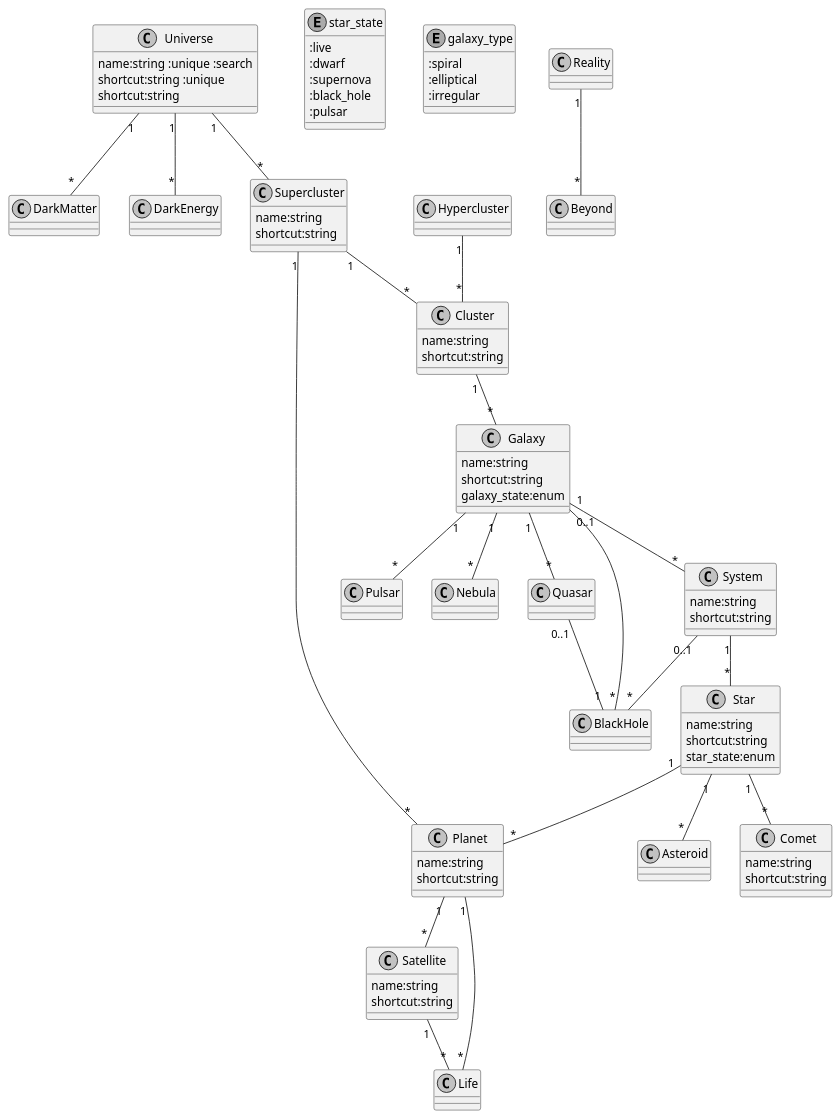
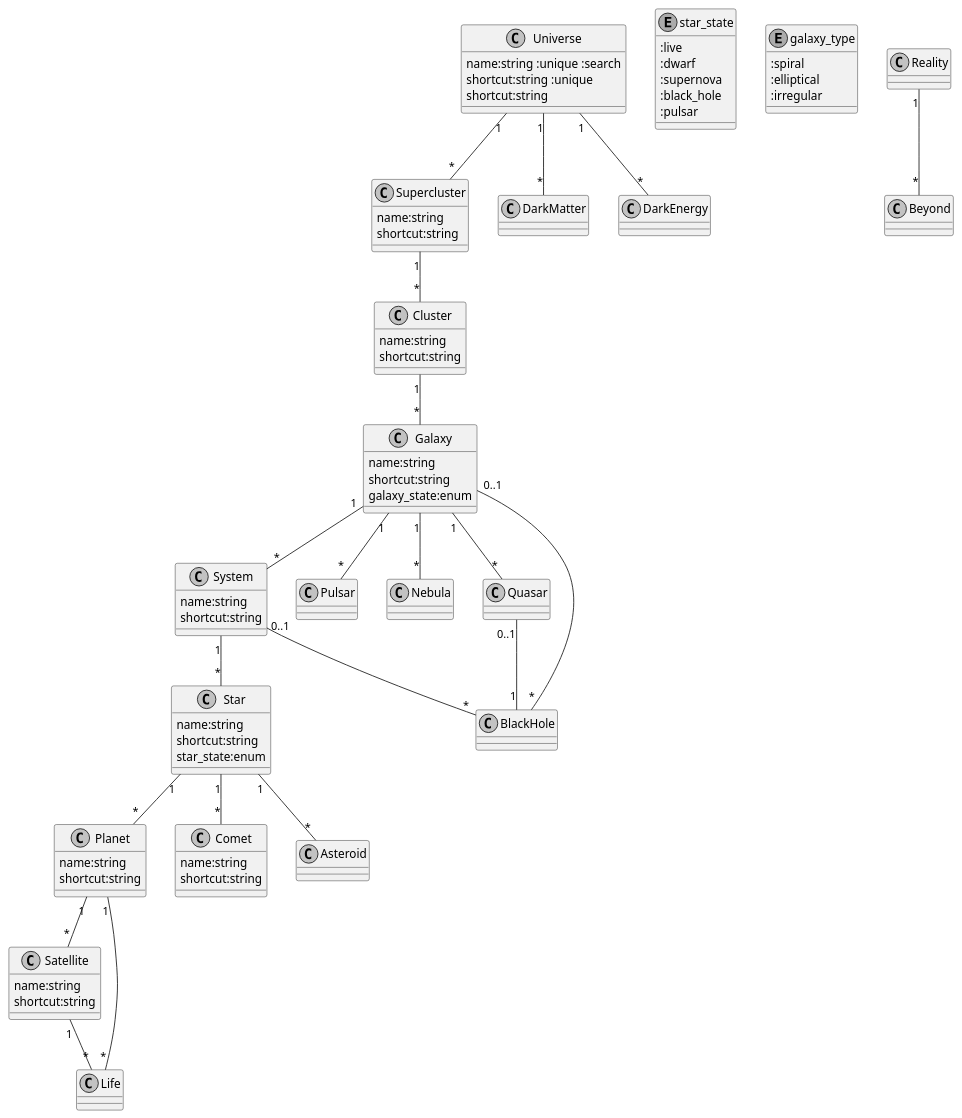
The diagram in docs/test.md (jrcech/rails_template), drawn with PlantUML before and after one commit. The commit also changed 1 other file, not shown here.

```diff
--- a/docs/test.md
+++ b/docs/test.md
@@ -65,8 +65,6 @@
   :elliptical
   :irregular
 }
-Supercluster "1" -- "*" Planet
-Hypercluster "1" -- "*" Cluster
 
 Supercluster "1" -- "*" Cluster
 Star "1" -- "*" Comet
```
